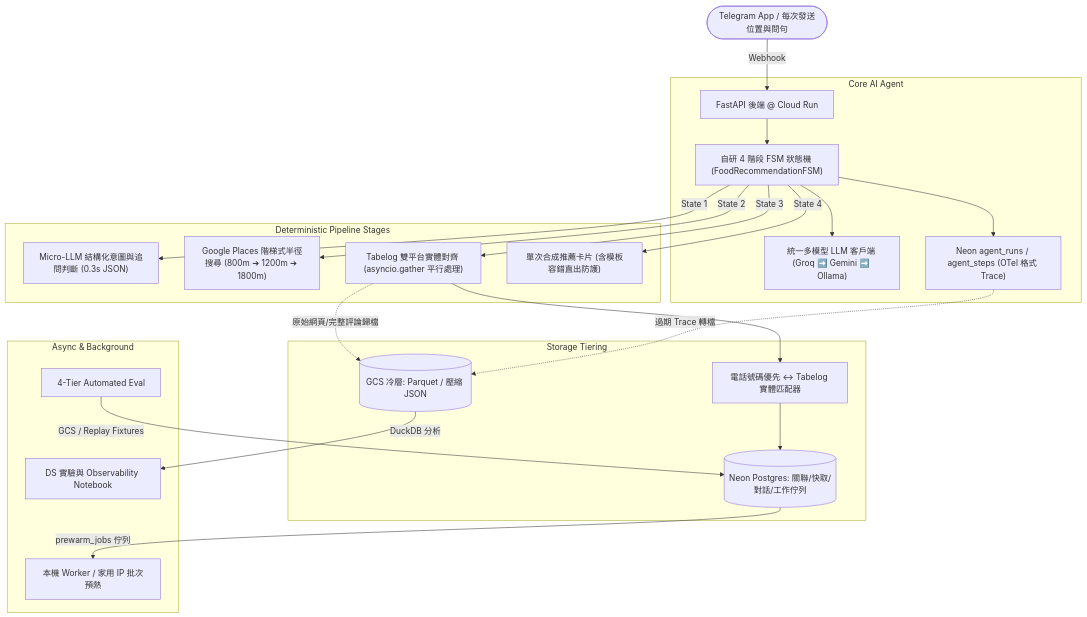
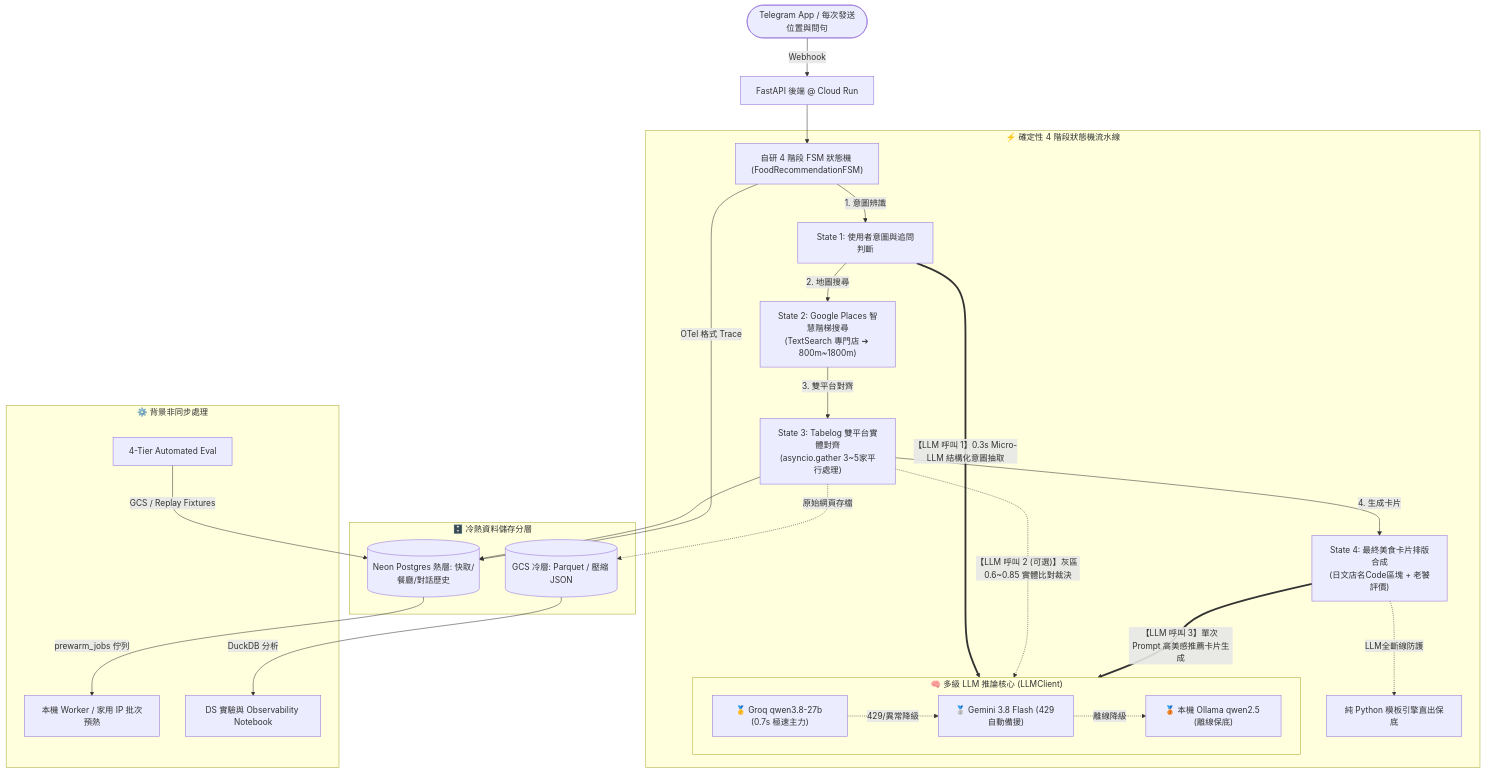
Before and after one commit to AnnieeLiuu/pickforme: the first of 3 diagrams in docs/ARCHITECTURE.md, drawn with Mermaid. The commit also changed 1 other file, not shown here.

Commit message:
docs: clarify LLM invocation points in system architecture diagram

````diff
--- a/docs/ARCHITECTURE.md
+++ b/docs/ARCHITECTURE.md
@@ -9,31 +9,39 @@
 ```mermaid
 graph TD
     User(["Telegram App / 每次發送位置與問句"]) -->|Webhook| Server["FastAPI 後端 @ Cloud Run"]
+    Server --> FSM["自研 4 階段 FSM 狀態機 (FoodRecommendationFSM)"]
     
-    subgraph Core AI Agent
-        Server --> FSM["自研 4 階段 FSM 狀態機 (FoodRecommendationFSM)"]
-        FSM --> LLMClient["統一多模型 LLM 客戶端 (Groq ➡️ Gemini ➡️ Ollama)"]
-        FSM --> TraceLogger["Neon agent_runs / agent_steps (OTel 格式 Trace)"]
+    subgraph MultiTierLLM ["🧠 多級 LLM 推論核心 (LLMClient)"]
+        Groq["🥇 Groq qwen3.8-27b (0.7s 極速主力)"]
+        Gemini["🥈 Gemini 3.8 Flash (429 自動備援)"]
+        Ollama["🥉 本機 Ollama qwen2.5 (離線保底)"]
+        Groq -.->|429/異常降級| Gemini
+        Gemini -.->|離線降級| Ollama
+    end
+
+    subgraph DeterministicPipeline ["⚡ 確定性 4 階段狀態機流水線"]
+        FSM -->|1. 意圖辨識| S1["State 1: 使用者意圖與追問判斷"]
+        S1 -->|2. 地圖搜尋| S2["State 2: Google Places 智慧階梯搜尋<br/>(TextSearch 專門店 ➔ 800m~1800m)"]
+        S2 -->|3. 雙平台對齊| S3["State 3: Tabelog 雙平台實體對齊<br/>(asyncio.gather 3~5家平行處理)"]
+        S3 -->|4. 生成卡片| S4["State 4: 最終美食卡片排版合成<br/>(日文店名Code區塊 + 老饕評價)"]
+        
+        %% 明確標註 LLM 在哪裡被調用
+        S1 ==>|"【LLM 呼叫 1】0.3s Micro-LLM 結構化意圖抽取"| MultiTierLLM
+        S3 -.->|"【LLM 呼叫 2 (可選)】灰區 0.6~0.85 實體比對裁決"| MultiTierLLM
+        S4 ==>|"【LLM 呼叫 3】單次 Prompt 高美感推薦卡片生成"| MultiTierLLM
+        
+        S4 -.->|LLM全斷線防護| Fallback["純 Python 模板引擎直出保底"]
     end
     
-    subgraph Deterministic Pipeline Stages
-        FSM -->|State 1| S1["Micro-LLM 結構化意圖與追問判斷 (0.3s JSON)"]
-        FSM -->|State 2| S2["Google Places 階梯式半徑搜尋 (800m ➔ 1200m ➔ 1800m)"]
-        FSM -->|State 3| S3["Tabelog 雙平台實體對齊 (asyncio.gather 平行處理)"]
-        FSM -->|State 4| S4["單次合成推薦卡片 (含模板容錯直出防護)"]
-    end
-    
-    subgraph Storage Tiering
-        S3 --> EntityMatch["電話號碼優先 ↔ Tabelog 實體匹配器"]
-        EntityMatch --> HotDB[("Neon Postgres: 關聯/快取/對話/工作佇列")]
-        
-        S3 -.->|原始網頁/完整評論歸檔| ColdStorage[("GCS 冷層: Parquet / 壓縮 JSON")]
-        TraceLogger -.->|過期 Trace 轉檔| ColdStorage
+    subgraph StorageTiering ["🗄️ 冷熱資料儲存分層"]
+        S3 --> HotDB[("Neon Postgres 熱層: 快取/餐廳/對話歷史")]
+        S3 -.->|原始網頁存檔| ColdStorage[("GCS 冷層: Parquet / 壓縮 JSON")]
+        FSM -->|OTel 格式 Trace| HotDB
     end
 
-    subgraph Async & Background
+    subgraph AsyncWorker ["⚙️ 背景非同步處理"]
         HotDB -->|prewarm_jobs 佇列| LocalWorker["本機 Worker / 家用 IP 批次預熱"]
         ColdStorage -->|DuckDB 分析| Notebook["DS 實驗與 Observability Notebook"]
         EvalHarness["4-Tier Automated Eval"] -->|GCS / Replay Fixtures| HotDB
     end
 ```
````
